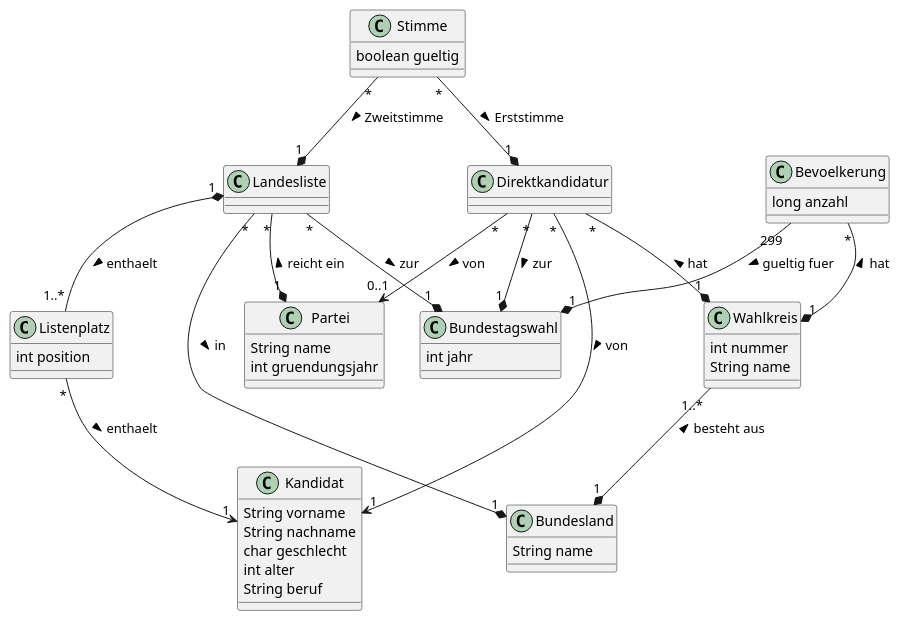
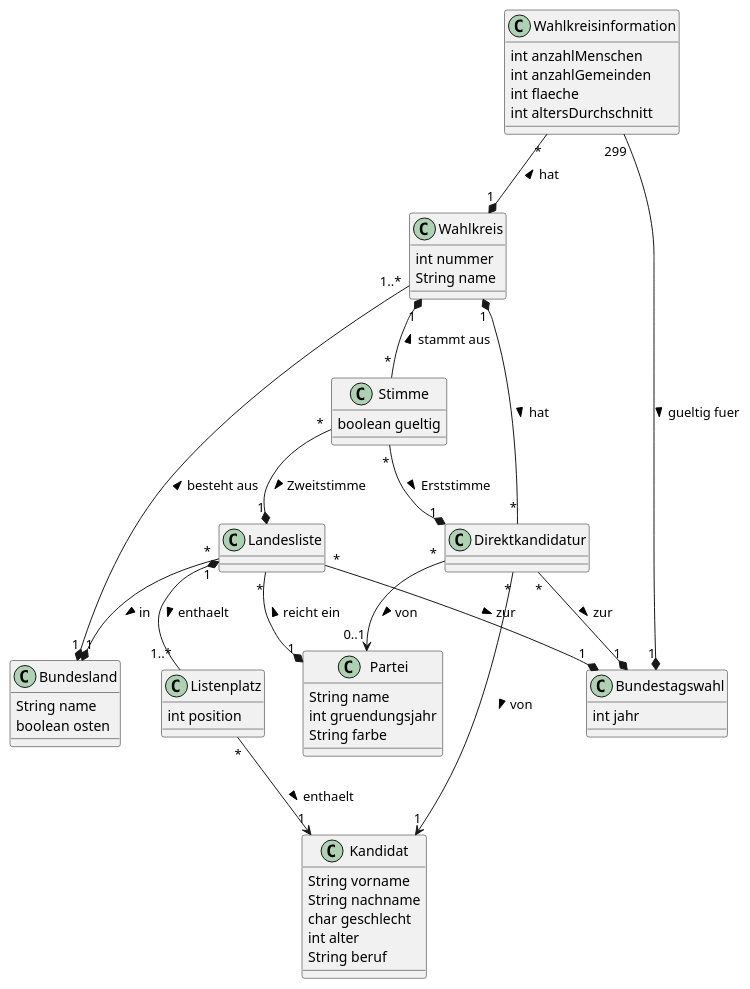
The diagram in Blatt1/Aufgabe3.puml (Toemmsche/database-systems-project-mirror), drawn with PlantUML before and after one commit. The commit also changed 1 other file, not shown here.

```diff
--- a/Blatt1/Aufgabe3.puml
+++ b/Blatt1/Aufgabe3.puml
@@ -1,66 +1,71 @@
 @startuml
 class Kandidat {
     String vorname
     String nachname
     char geschlecht
     int alter
     String beruf
 }
 
 class Bundesland {
     String name
+    boolean osten
 }
 
 class Partei {
     String name
     int gruendungsjahr
+    String farbe
 }
 
 class Bundestagswahl{
    int jahr
 }
 
-class Bevoelkerung {
-    long anzahl
+class Wahlkreisinformation {
+    int anzahlMenschen
+    int anzahlGemeinden
+    int flaeche
+    int altersDurchschnitt
 }
 
 class Landesliste {
 }
-
 
 class Listenplatz {
     int position
 }
 
 class Wahlkreis {
     int nummer
     String name
 }
 
 class Stimme {
     boolean gueltig
 }
 
 class Direktkandidatur {
 }
 
 Landesliste "*" --* "1" Bundesland : in >
 Landesliste "*" --* "1" Partei : < reicht ein
 Landesliste "*" --* "1" Bundestagswahl: zur >
 
 Landesliste "1" *-- "1..*" Listenplatz : enthaelt >
 Listenplatz "*" --> "1" Kandidat : enthaelt >
 
 Wahlkreis "1..*" --* "1" Bundesland : besteht aus <
 
-Bevoelkerung "*" --* "1" Wahlkreis : < hat
-Bevoelkerung "299" --* "1" Bundestagswahl: gueltig fuer >
+Wahlkreisinformation "*" --* "1" Wahlkreis : < hat
+Wahlkreisinformation "299" --* "1" Bundestagswahl: gueltig fuer >
 
 Direktkandidatur "*" --> "1" Kandidat : von >
 Direktkandidatur "*" --* "1" Wahlkreis : < hat
 Direktkandidatur "*" --> "0..1" Partei : von >
 Direktkandidatur "*" --* "1" Bundestagswahl: zur >
 
 Stimme "*" --* "1" Direktkandidatur : Erststimme >
 Stimme "*" --* "1" Landesliste : Zweitstimme >
+Stimme "*" -up-* "1" Wahlkreis : stammt aus >
 @enduml
```
